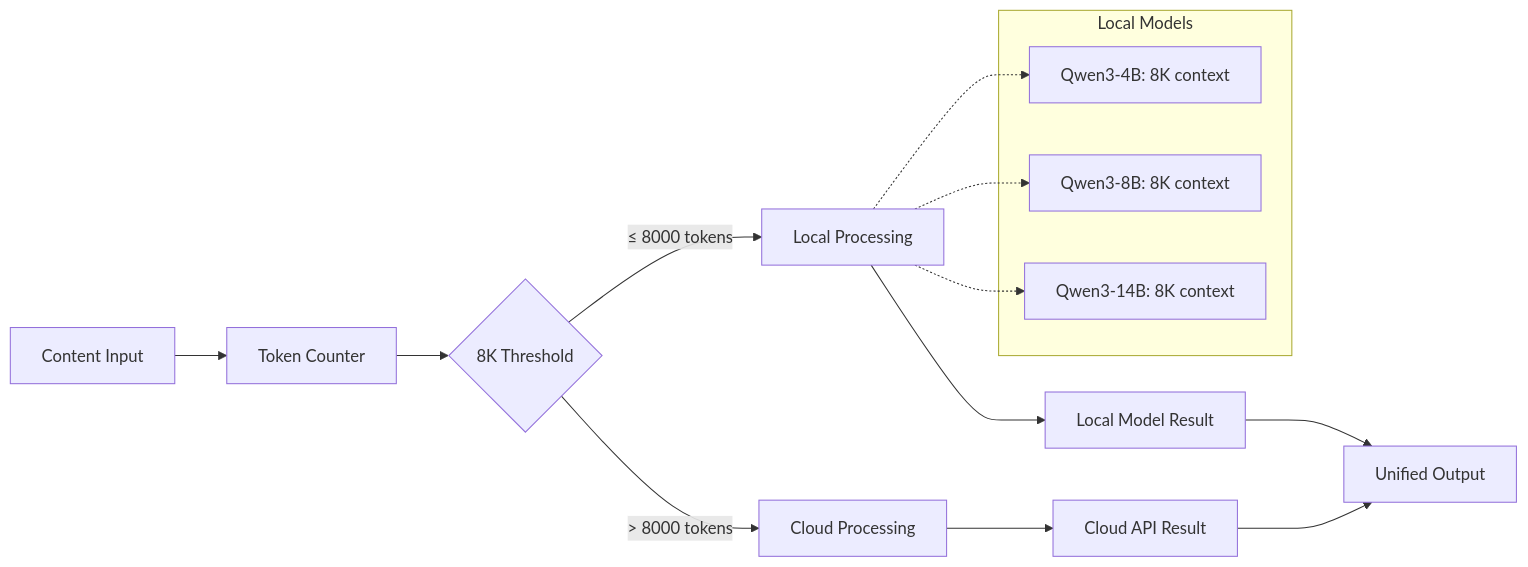
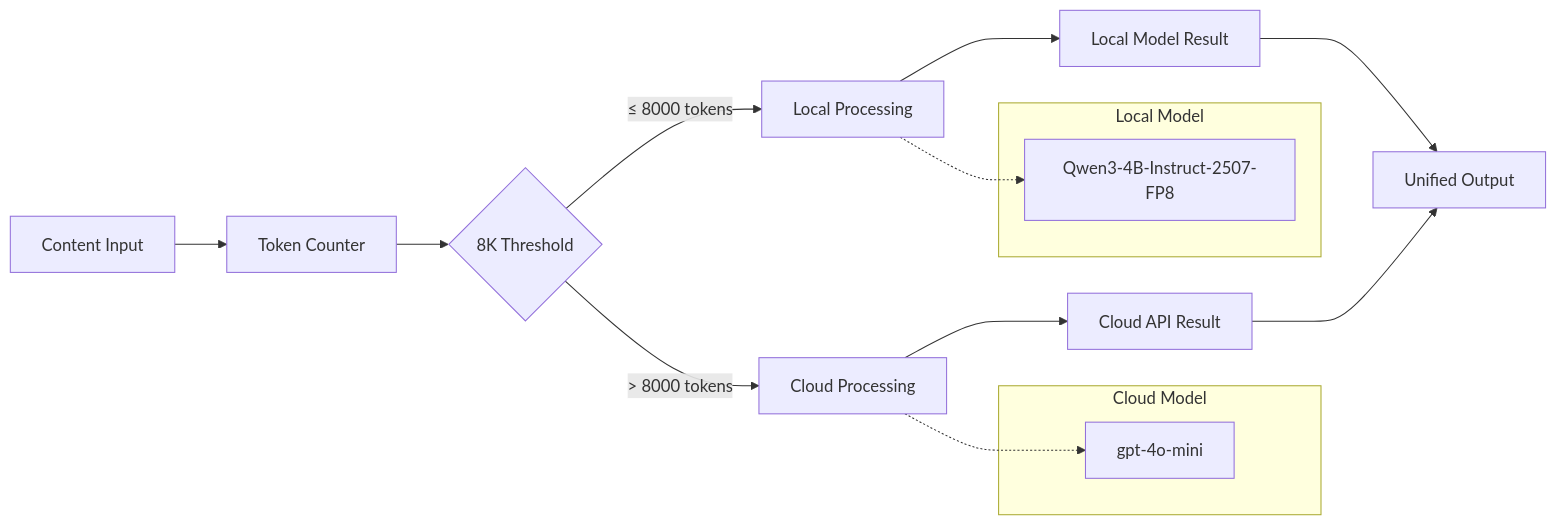
The second of 2 diagrams in docs/adrs/ADR-008-optimized-token-thresholds.md (BjornMelin/ai-job-scraper), drawn with Mermaid before and after one commit. The commit also changed other lines of this file and 5 other files, not shown here.

First line of the commit message:
docs: simplify llm strategy to single local model with cloud fallback

````diff
--- a/docs/adrs/ADR-008-optimized-token-thresholds.md
+++ b/docs/adrs/ADR-008-optimized-token-thresholds.md
@@ -119,23 +122,24 @@
 ```mermaid
 graph LR
     A[Content Input] --> B[Token Counter]
     B --> C{8K Threshold}
     C -->|≤ 8000 tokens| D[Local Processing]
     C -->|> 8000 tokens| E[Cloud Processing]
     
     D --> F[Local Model Result]
     E --> G[Cloud API Result]
     
     F --> H[Unified Output]
     G --> H
     
-    subgraph "Local Models"
-        I[Qwen3-4B: 8K context]
-        J[Qwen3-8B: 8K context]
-        K[Qwen3-14B: 8K context]
+    subgraph "Local Model"
+        I[Qwen3-4B-Instruct-2507-FP8]
+    end
+    
+    subgraph "Cloud Model"
+        J[gpt-4o-mini]
     end
     
     D -.-> I
-    D -.-> J
-    D -.-> K
+    E -.-> J
 ```
````
